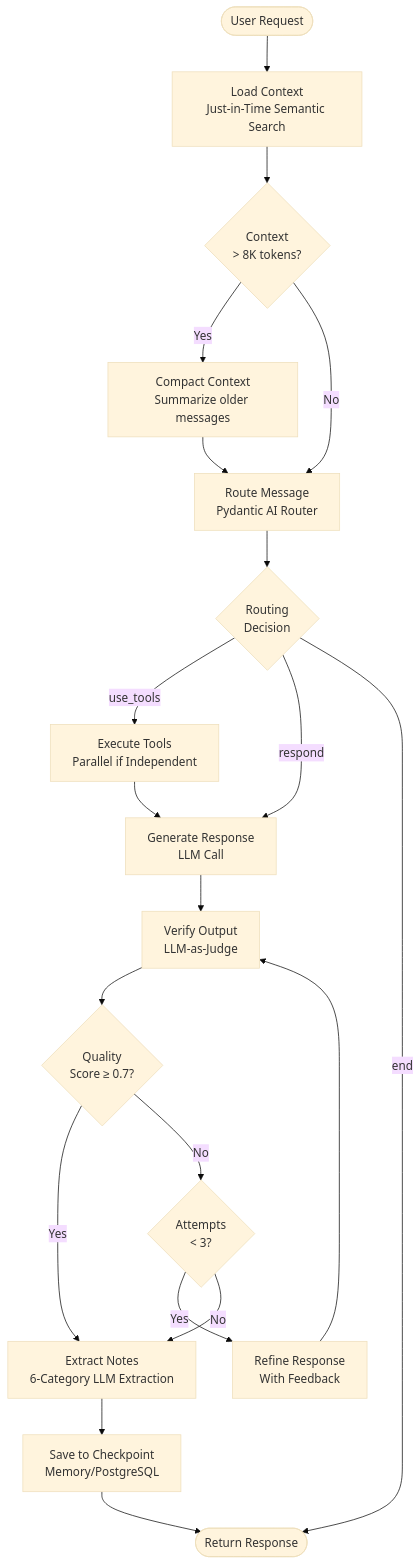
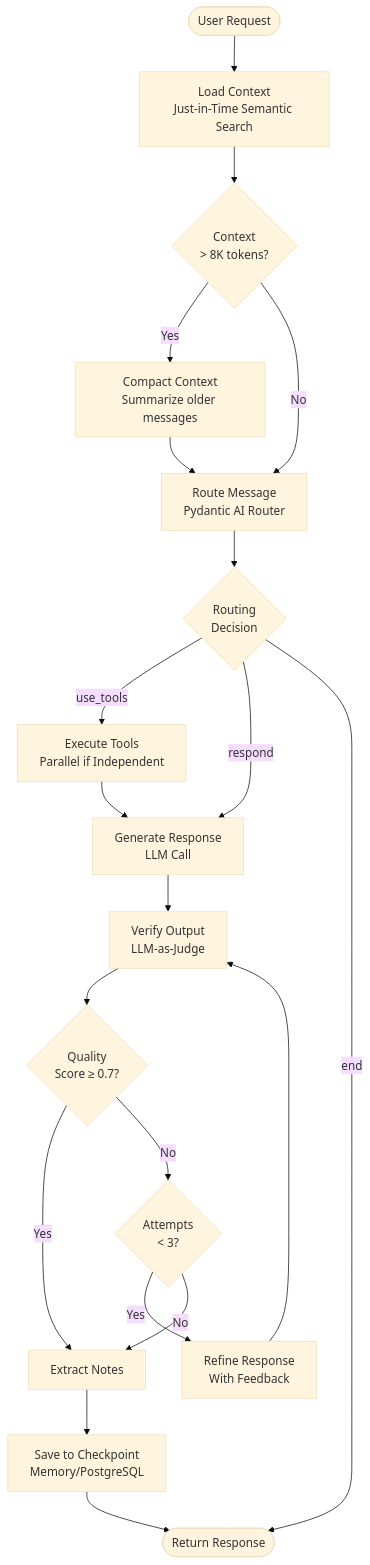
The third of 10 diagrams in docs/diagrams/system-architecture.mdx (vishnu2kmohan/mcp-server-langgraph), drawn with Mermaid (base theme) before and after one commit. The commit also changed other lines of this file and 93 other files, not shown here.

First line of the commit message:
docs: fix MDX syntax errors, broken links, and Mermaid diagram issues

````diff
--- a/docs/diagrams/system-architecture.mdx
+++ b/docs/diagrams/system-architecture.mdx
@@ -160,29 +160,29 @@
 ```mermaid
 flowchart TD
     Start([User Request]) --> LoadContext[Load Context<br/>Just-in-Time Semantic Search]
 
     LoadContext --> Compact{Context<br/>> 8K tokens?}
     Compact -->|Yes| CompactCtx[Compact Context<br/>Summarize older messages]
     Compact -->|No| Route[Route Message<br/>Pydantic AI Router]
     CompactCtx --> Route
 
     Route --> Decision{Routing<br/>Decision}
     Decision -->|use_tools| ExecuteTools[Execute Tools<br/>Parallel if Independent]
     Decision -->|respond| GenerateResp[Generate Response<br/>LLM Call]
     Decision -->|end| End([Return Response])
 
     ExecuteTools --> GenerateResp
     GenerateResp --> Verify[Verify Output<br/>LLM-as-Judge]
 
     Verify --> Quality{Quality<br/>Score ≥ 0.7?}
-    Quality -->|Yes| ExtractNotes[Extract Notes<br/>6-Category LLM Extraction]
+    Quality -->|Yes| ExtractNotes[Extract Notes<br/&gt;6-Category LLM Extraction]
     Quality -->|No| Refine{Attempts<br/>< 3?}
 
     Refine -->|Yes| RefineResp[Refine Response<br/>With Feedback]
     Refine -->|No| ExtractNotes
     RefineResp --> Verify
 
     ExtractNotes --> SaveState[Save to Checkpoint<br/>Memory/PostgreSQL]
     SaveState --> End
 
 ```
````
